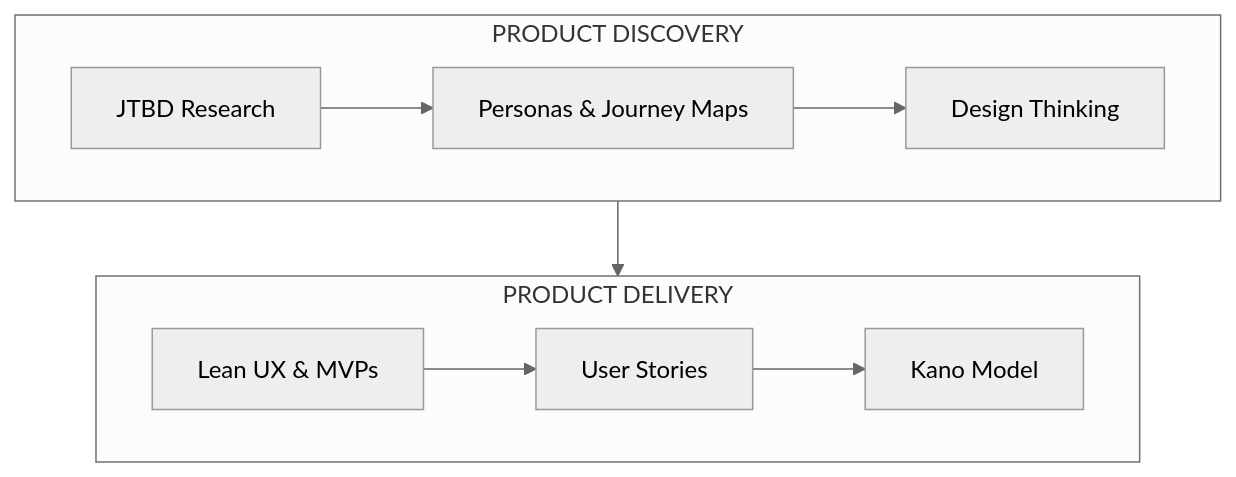
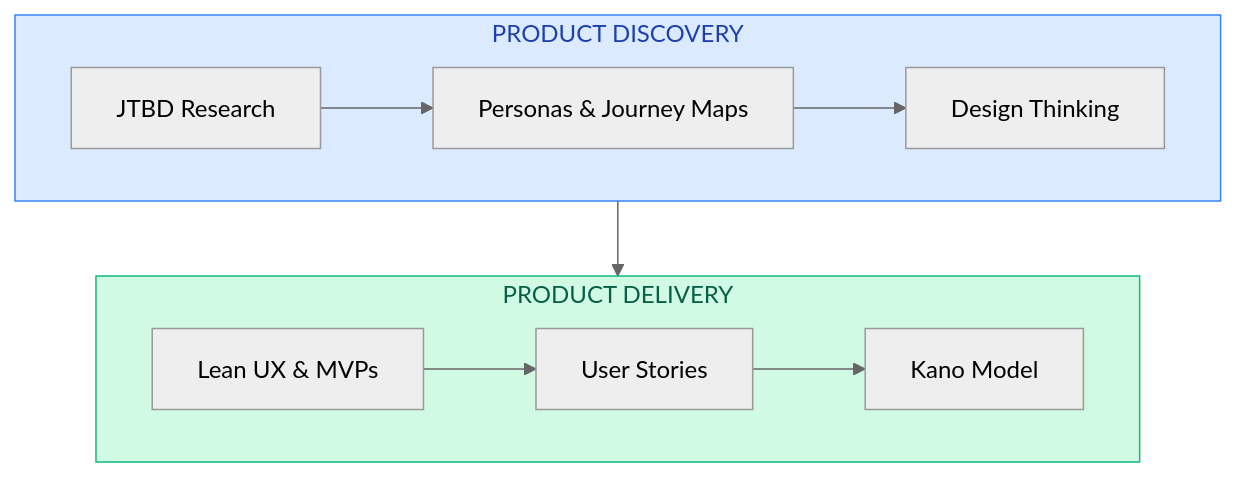
Before and after one commit to smileynet/ui-optimizer: the diagram in docs/product-design/README.md, drawn with Mermaid (neutral theme). The commit also changed 8 other files, not shown here.

First line of the commit message:
feat: add diagram best practices and consistent styling

````diff
--- a/docs/product-design/README.md
+++ b/docs/product-design/README.md
@@ -32,14 +32,19 @@
 ```mermaid
 flowchart TB
+    classDef discovery fill:#DBEAFE,stroke:#3B82F6,color:#1E40AF
+    classDef delivery fill:#D1FAE5,stroke:#10B981,color:#065F46
+    
     subgraph Discovery["PRODUCT DISCOVERY"]
         direction LR
         JTBD[JTBD Research] --> Personas[Personas & Journey Maps] --> DT[Design Thinking]
     end
     
     subgraph Delivery["PRODUCT DELIVERY"]
         direction LR
         Lean[Lean UX & MVPs] --> Stories[User Stories] --> Kano[Kano Model]
     end
     
+    Discovery:::discovery
+    Delivery:::delivery
     DT --> Lean
 ```
````
